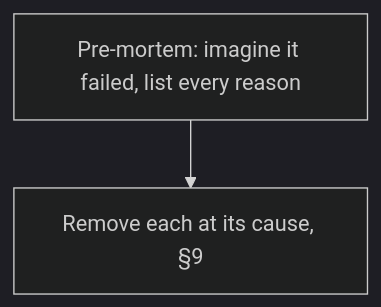
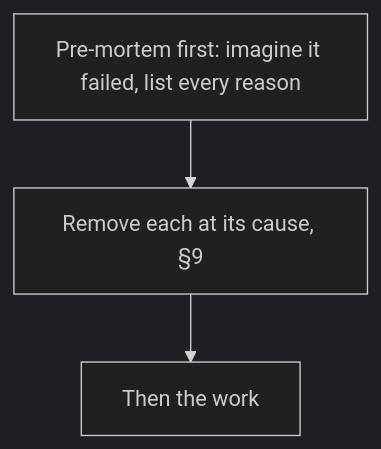
The first of 2 diagrams in README.md (SolenixAI/arbiter), drawn with Mermaid (dark theme) before and after one commit. The commit also changed other lines of this file and 1 other file, not shown here.

Commit message:
fix(agents): the pre-mortem comes before the work in all three forms; shape rule in active voice

````diff
--- a/README.md
+++ b/README.md
@@ -50,4 +50,4 @@
 ```mermaid
 flowchart TD
-  PM["Pre-mortem: imagine it failed, list every reason"] --> P["Remove each at its cause, §9"]
+  PM["Pre-mortem first: imagine it failed, list every reason"] --> P["Remove each at its cause, §9"] --> W["Then the work"]
 ```
````
